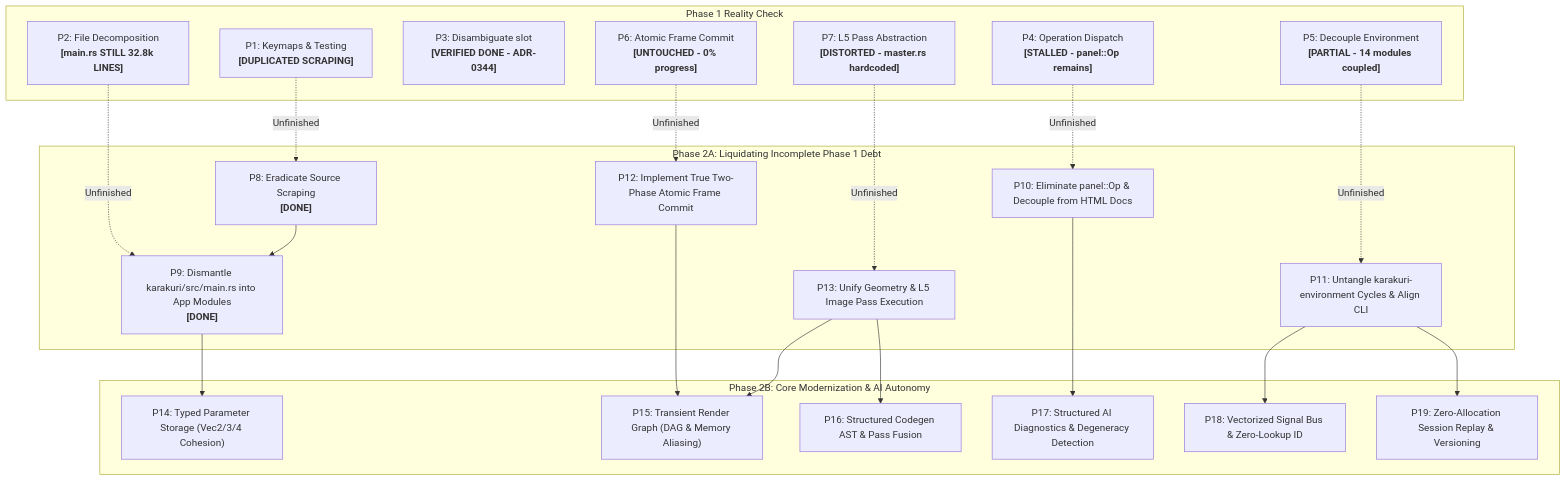
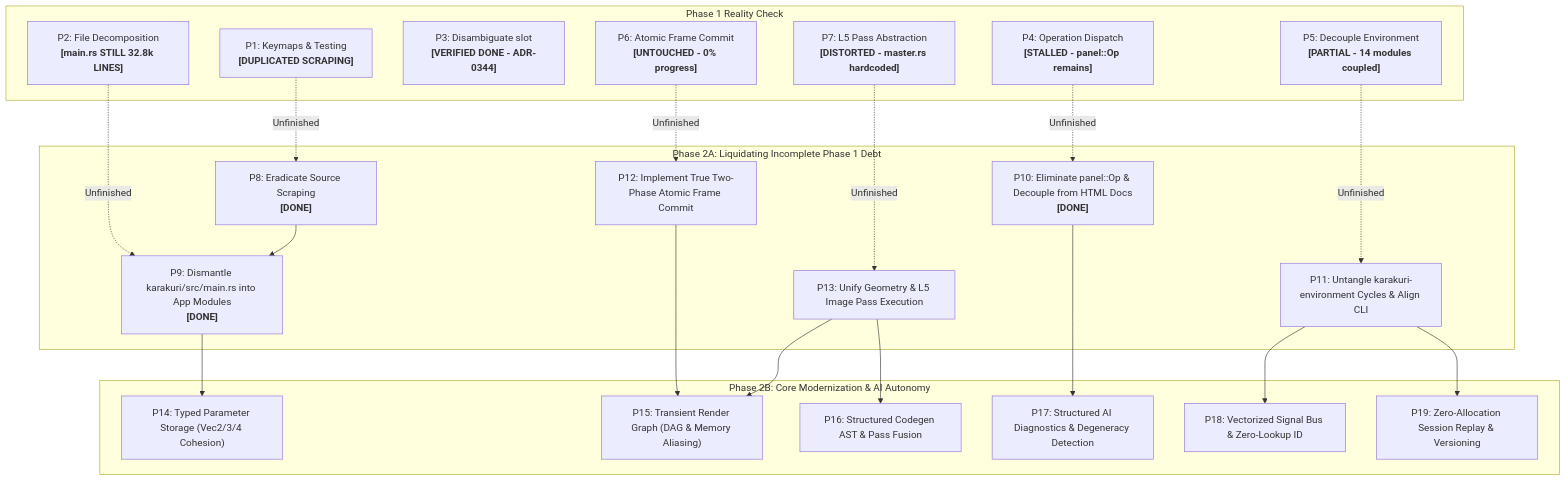
One commit to toyoshim-i/Karakuri changed the diagram in docs/refactoring.md. Above: the diagram before and after it, drawn with Mermaid. The commit also changed other lines of this file and 9 other files, not shown here.

First line of the commit message:
refactor(console,layout): eliminate panel::Op isolation and decouple from HTML docs (P10)

````diff
--- a/docs/refactoring.md
+++ b/docs/refactoring.md
@@ -26,45 +26,45 @@
 ```mermaid
 graph TD
     subgraph Phase1Reality["Phase 1 Reality Check"]
         P1["P1: Keymaps & Testing<br/><b>[DUPLICATED SCRAPING]</b>"]
         P2["P2: File Decomposition<br/><b>[main.rs STILL 32.8k LINES]</b>"]
         P3["P3: Disambiguate slot<br/><b>[VERIFIED DONE - ADR-0344]</b>"]
         P4["P4: Operation Dispatch<br/><b>[STALLED - panel::Op remains]</b>"]
         P5["P5: Decouple Environment<br/><b>[PARTIAL - 14 modules coupled]</b>"]
         P6["P6: Atomic Frame Commit<br/><b>[UNTOUCHED - 0% progress]</b>"]
         P7["P7: L5 Pass Abstraction<br/><b>[DISTORTED - master.rs hardcoded]</b>"]
     end
 
     subgraph Phase2A["Phase 2A: Liquidating Incomplete Phase 1 Debt"]
         P8["P8: Eradicate Source Scraping<br/><b>[DONE]</b>"]
         P9["P9: Dismantle karakuri/src/main.rs into App Modules<br/><b>[DONE]</b>"]
-        P10["P10: Eliminate panel::Op & Decouple from HTML Docs"]
+        P10["P10: Eliminate panel::Op & Decouple from HTML Docs<br/><b>[DONE]</b>"]
         P11["P11: Untangle karakuri-environment Cycles & Align CLI"]
         P12["P12: Implement True Two-Phase Atomic Frame Commit"]
         P13["P13: Unify Geometry & L5 Image Pass Execution"]
     end
 
     subgraph Phase2B["Phase 2B: Core Modernization & AI Autonomy"]
         P14["P14: Typed Parameter Storage (Vec2/3/4 Cohesion)"]
         P15["P15: Transient Render Graph (DAG & Memory Aliasing)"]
         P16["P16: Structured Codegen AST & Pass Fusion"]
         P17["P17: Structured AI Diagnostics & Degeneracy Detection"]
         P18["P18: Vectorized Signal Bus & Zero-Lookup ID"]
         P19["P19: Zero-Allocation Session Replay & Versioning"]
     end
 
     P1 -.->|Unfinished| P8
     P2 -.->|Unfinished| P9
     P4 -.->|Unfinished| P10
     P5 -.->|Unfinished| P11
     P6 -.->|Unfinished| P12
     P7 -.->|Unfinished| P13
     P8 --> P9
     P9 --> P14
     P12 --> P15
     P13 --> P15
     P13 --> P16
     P10 --> P17
     P11 --> P18
     P11 --> P19
 ```
````
